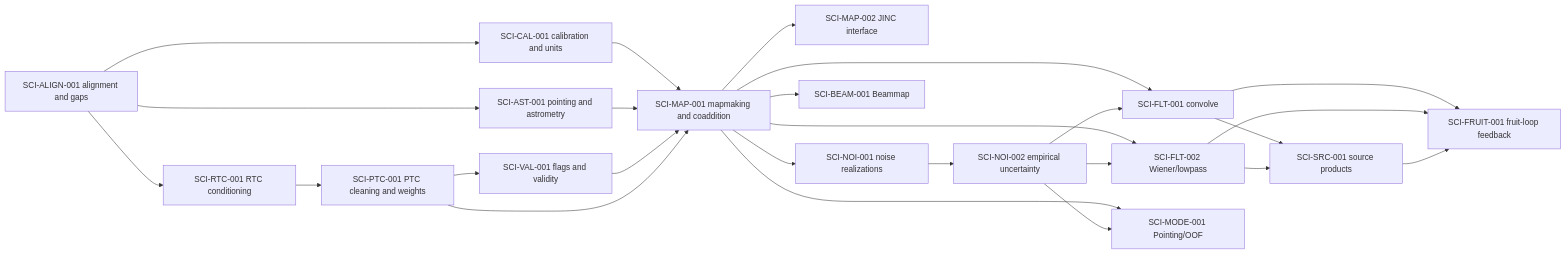
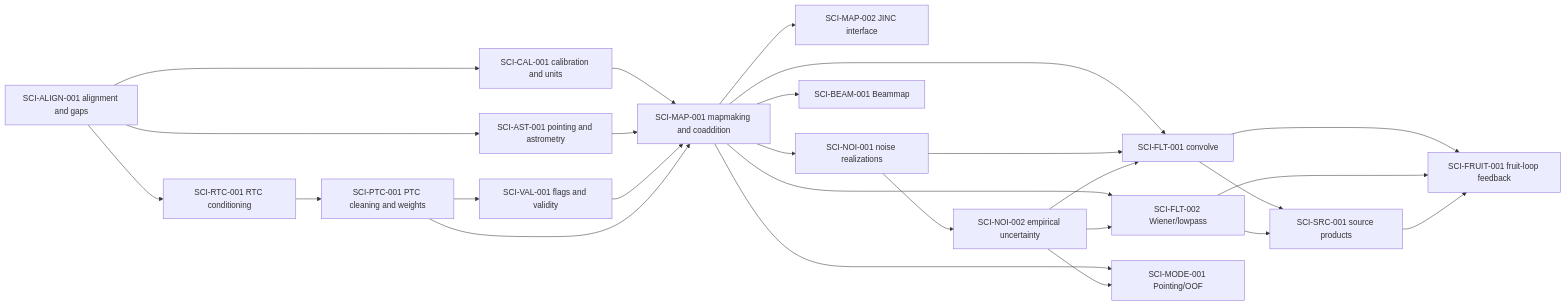
Before and after one commit to toltec-astro/citlali: the third of 3 diagrams in doc/audits/README.md, drawn with Mermaid. The commit also changed other lines of this file and 4 other files, not shown here.

````diff
--- a/doc/audits/README.md
+++ b/doc/audits/README.md
@@ -504,41 +543,42 @@
 ```mermaid
 flowchart LR
     align["SCI-ALIGN-001 alignment and gaps"]
     cal["SCI-CAL-001 calibration and units"]
     ast["SCI-AST-001 pointing and astrometry"]
     rtc["SCI-RTC-001 RTC conditioning"]
     ptc["SCI-PTC-001 PTC cleaning and weights"]
     valid["SCI-VAL-001 flags and validity"]
     map["SCI-MAP-001 mapmaking and coaddition"]
     jinc["SCI-MAP-002 JINC interface"]
     jk["SCI-NOI-001 noise realizations"]
     empirical["SCI-NOI-002 empirical uncertainty"]
     convolve["SCI-FLT-001 convolve"]
     wiener["SCI-FLT-002 Wiener/lowpass"]
     source["SCI-SRC-001 source products"]
     point["SCI-MODE-001 Pointing/OOF"]
     beam["SCI-BEAM-001 Beammap"]
     fruit["SCI-FRUIT-001 fruit-loop feedback"]
 
     align --> cal
     align --> ast
     align --> rtc --> ptc --> valid
     cal --> map
     ast --> map
     valid --> map
     ptc --> map
     map --> jinc
     map --> jk --> empirical
     map --> convolve
+    jk --> convolve
     empirical --> convolve
     map --> wiener
     empirical --> wiener
     convolve --> source
     wiener --> source
     map --> point
     empirical --> point
     map --> beam
     convolve --> fruit
     wiener --> fruit
     source --> fruit
 ```
````
